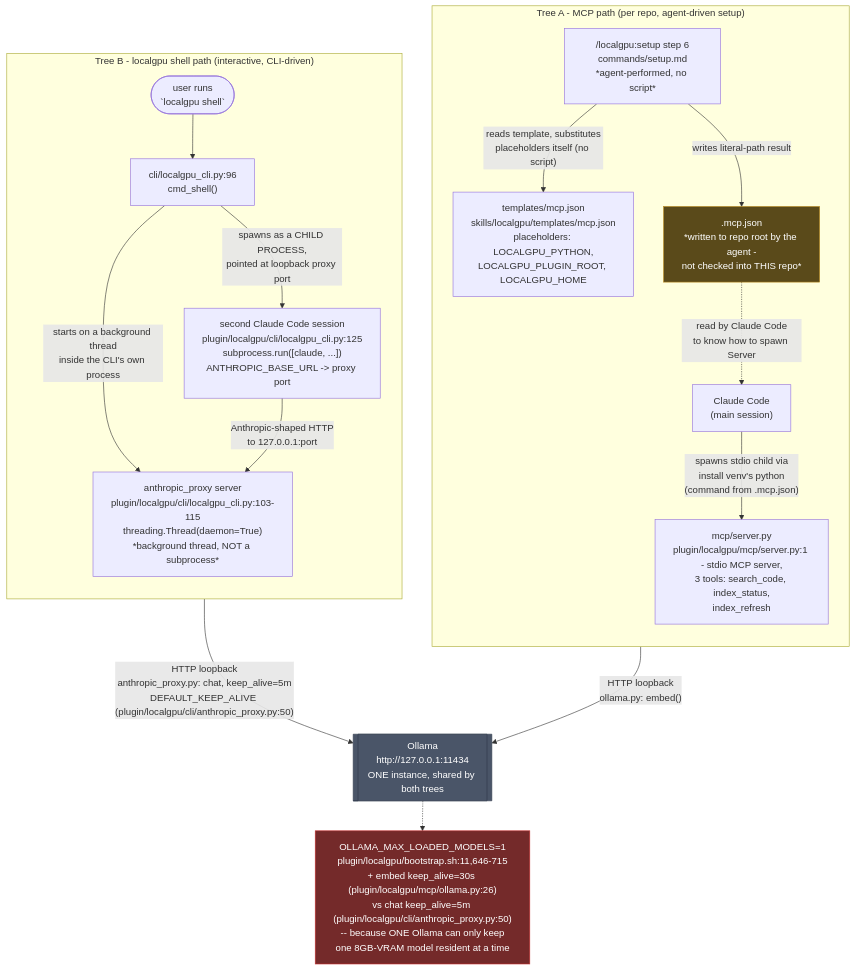
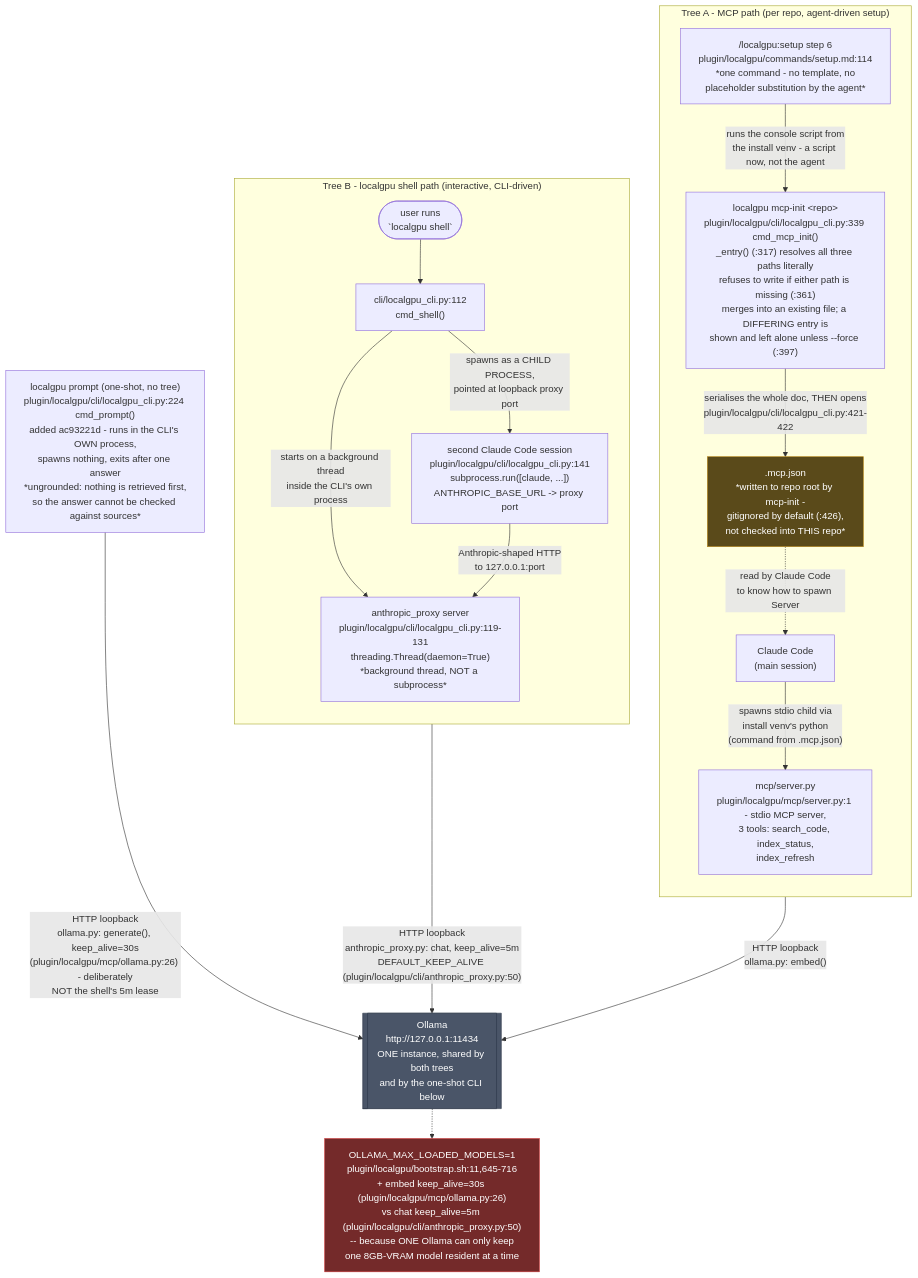
The diagram in docs/diagrams/architecture.mmd (mbadali25/useful-claude-add-ons), drawn with Mermaid before and after one commit. The commit also changed 20 other files, not shown here.

```diff
--- a/docs/diagrams/architecture.mmd
+++ b/docs/diagrams/architecture.mmd
@@ -1,44 +1,51 @@
-%% anchor: useful-claude-add-ons@3167721f
-%% Anchors: plugin/localgpu/bootstrap.sh, plugin/localgpu/cli/anthropic_proxy.py, plugin/localgpu/cli/localgpu_cli.py, plugin/localgpu/commands/setup.md, plugin/localgpu/mcp/ollama.py, plugin/localgpu/mcp/server.py, plugin/localgpu/skills/localgpu/templates/mcp.json
-%% localgpu: two independent process trees sharing one Ollama.
-%% Verified against source on 2026-09-05; see comments for path:line.
+%% anchor: useful-claude-add-ons@1f97e51c
+%% Anchors: plugin/localgpu/bootstrap.sh, plugin/localgpu/cli/anthropic_proxy.py, plugin/localgpu/cli/localgpu_cli.py, plugin/localgpu/commands/setup.md, plugin/localgpu/mcp/ollama.py, plugin/localgpu/mcp/server.py
+%% localgpu: two independent process trees, plus a one-shot CLI, sharing one Ollama.
+%% Verified against source on 2026-09-06; see comments for path:line.
+%% Tree A redrawn at ac93221d: setup step 6 no longer hand-substitutes
+%% skills/localgpu/templates/mcp.json - it runs `localgpu mcp-init`, which resolves
+%% every path itself. The template file still exists on disk but nothing references
+%% it, so it is no longer an anchor of this diagram.
 flowchart TB
 
     subgraph TreeA["Tree A - MCP path (per repo, agent-driven setup)"]
         direction TB
         CC1["Claude Code<br/>(main session)"]
-        Setup["/localgpu:setup step 6<br/>commands/setup.md<br/>*agent-performed, no script*"]
-        Template["templates/mcp.json<br/>skills/localgpu/templates/mcp.json<br/>placeholders: LOCALGPU_PYTHON,<br/>LOCALGPU_PLUGIN_ROOT, LOCALGPU_HOME"]
-        MCPJson[".mcp.json<br/>*written to repo root by the agent -<br/>not checked into THIS repo*"]
+        Setup["/localgpu:setup step 6<br/>plugin/localgpu/commands/setup.md:114<br/>*one command - no template, no<br/>placeholder substitution by the agent*"]
+        McpInit["localgpu mcp-init &lt;repo&gt;<br/>plugin/localgpu/cli/localgpu_cli.py:339 cmd_mcp_init()<br/>_entry() (:317) resolves all three paths literally<br/>refuses to write if either path is missing (:361)<br/>merges into an existing file; a DIFFERING entry is<br/>shown and left alone unless --force (:397)"]
+        MCPJson[".mcp.json<br/>*written to repo root by mcp-init -<br/>gitignored by default (:426),<br/>not checked into THIS repo*"]
         Server["mcp/server.py<br/>plugin/localgpu/mcp/server.py:1 - stdio MCP server,<br/>3 tools: search_code, index_status,<br/>index_refresh"]
 
         CC1 -- "spawns stdio child via<br/>install venv's python<br/>(command from .mcp.json)" --> Server
-        Setup -- "reads template, substitutes<br/>placeholders itself (no script)" --> Template
-        Setup -- "writes literal-path result" --> MCPJson
+        Setup -- "runs the console script from<br/>the install venv - a script now, not the agent" --> McpInit
+        McpInit -- "serialises the whole doc, THEN opens<br/>plugin/localgpu/cli/localgpu_cli.py:421-422" --> MCPJson
         MCPJson -. "read by Claude Code<br/>to know how to spawn Server" .-> CC1
     end
 
     subgraph TreeB["Tree B - localgpu shell path (interactive, CLI-driven)"]
         direction TB
         User(["user runs<br/>`localgpu shell`"])
-        CLI["cli/localgpu_cli.py:96<br/>cmd_shell()"]
-        ProxyThread["anthropic_proxy server<br/>plugin/localgpu/cli/localgpu_cli.py:103-115<br/>threading.Thread(daemon=True)<br/>*background thread, NOT a subprocess*"]
-        CC2["second Claude Code session<br/>plugin/localgpu/cli/localgpu_cli.py:125<br/>subprocess.run([claude, ...])<br/>ANTHROPIC_BASE_URL -> proxy port"]
+        CLI["cli/localgpu_cli.py:112<br/>cmd_shell()"]
+        ProxyThread["anthropic_proxy server<br/>plugin/localgpu/cli/localgpu_cli.py:119-131<br/>threading.Thread(daemon=True)<br/>*background thread, NOT a subprocess*"]
+        CC2["second Claude Code session<br/>plugin/localgpu/cli/localgpu_cli.py:141<br/>subprocess.run([claude, ...])<br/>ANTHROPIC_BASE_URL -> proxy port"]
 
         User --> CLI
         CLI -- "starts on a background thread<br/>inside the CLI's own process" --> ProxyThread
         CLI -- "spawns as a CHILD PROCESS,<br/>pointed at loopback proxy port" --> CC2
         CC2 -- "Anthropic-shaped HTTP<br/>to 127.0.0.1:port" --> ProxyThread
     end
 
-    Ollama[["Ollama<br/>http://127.0.0.1:11434<br/>ONE instance, shared by both trees"]]
+    Ollama[["Ollama<br/>http://127.0.0.1:11434<br/>ONE instance, shared by both trees<br/>and by the one-shot CLI below"]]
+
+    OneShot["localgpu prompt (one-shot, no tree)<br/>plugin/localgpu/cli/localgpu_cli.py:224 cmd_prompt()<br/>added ac93221d - runs in the CLI's OWN process,<br/>spawns nothing, exits after one answer<br/>*ungrounded: nothing is retrieved first,<br/>so the answer cannot be checked against sources*"]
 
     Server -- "HTTP loopback<br/>ollama.py: embed()" --> Ollama
     ProxyThread -- "HTTP loopback<br/>anthropic_proxy.py: chat, keep_alive=5m<br/>DEFAULT_KEEP_ALIVE (plugin/localgpu/cli/anthropic_proxy.py:50)" --> Ollama
+    OneShot -- "HTTP loopback<br/>ollama.py: generate(), keep_alive=30s<br/>(plugin/localgpu/mcp/ollama.py:26) - deliberately<br/>NOT the shell's 5m lease" --> Ollama
 
-    Constraint["OLLAMA_MAX_LOADED_MODELS=1<br/>plugin/localgpu/bootstrap.sh:11,646-715<br/>+ embed keep_alive=30s (plugin/localgpu/mcp/ollama.py:26)<br/>vs chat keep_alive=5m (plugin/localgpu/cli/anthropic_proxy.py:50)<br/>-- because ONE Ollama can only keep<br/>one 8GB-VRAM model resident at a time"]
+    Constraint["OLLAMA_MAX_LOADED_MODELS=1<br/>plugin/localgpu/bootstrap.sh:11,645-716<br/>+ embed keep_alive=30s (plugin/localgpu/mcp/ollama.py:26)<br/>vs chat keep_alive=5m (plugin/localgpu/cli/anthropic_proxy.py:50)<br/>-- because ONE Ollama can only keep<br/>one 8GB-VRAM model resident at a time"]
     Ollama -.-> Constraint
 
     style Ollama fill:#4a5568,stroke:#2d3748,color:#fff
     style Constraint fill:#742a2a,stroke:#c53030,color:#fff
     style MCPJson fill:#5a4a1a,stroke:#b7861a,color:#fff
```
